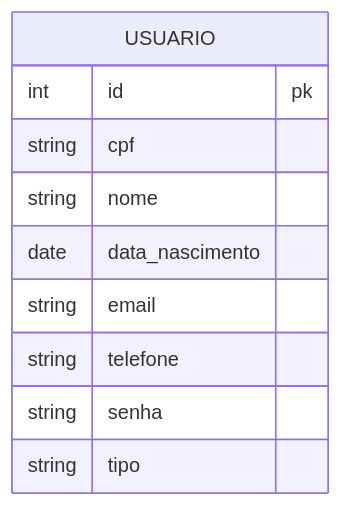
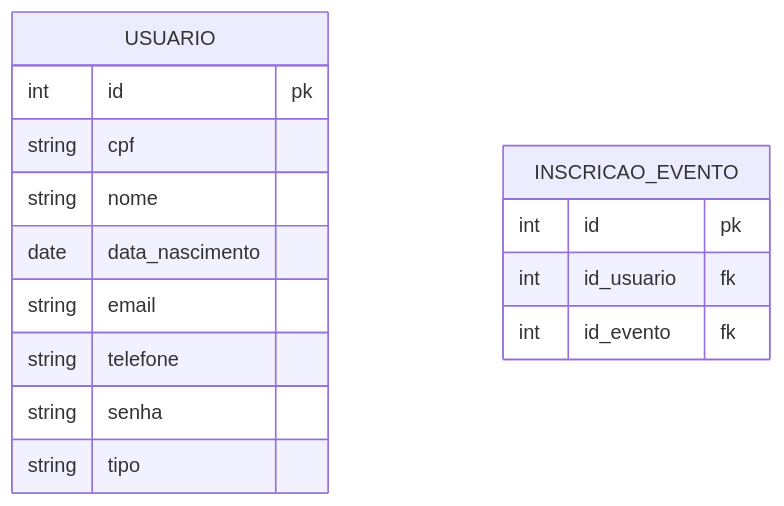
The diagram in docs/doc-visao.md (tallysdev/eventSync), drawn with Mermaid before and after one commit.

Commit message:
docs: add "INSCRICAO_EVENTO" no modelo ER #32

````diff
--- a/docs/doc-visao.md
+++ b/docs/doc-visao.md
@@ -115,14 +115,20 @@
 ```mermaid
 erDiagram
     USUARIO {
         int id pk
         string cpf
         string nome
         date data_nascimento
         string email
         string telefone
         string senha
         string tipo
     }
 
+    INSCRICAO_EVENTO {
+        int id pk
+        int id_usuario fk
+        int id_evento fk
+    }
+
 ```
````
